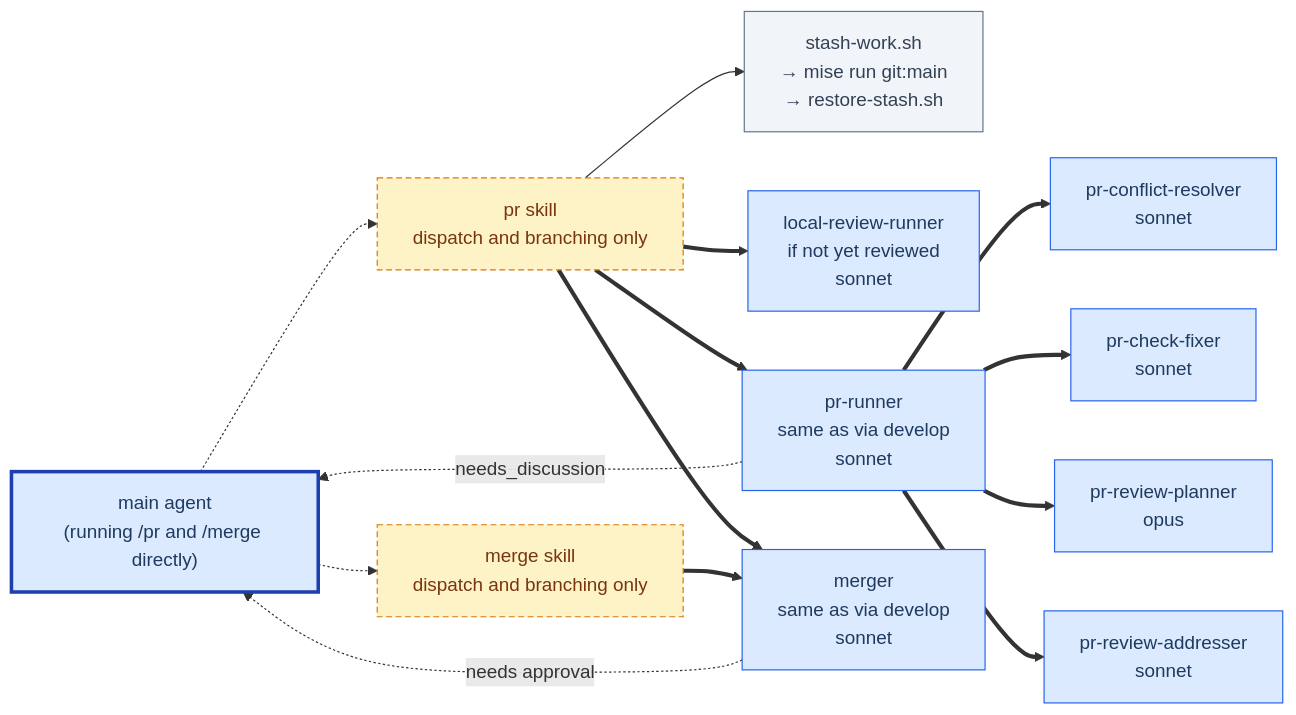
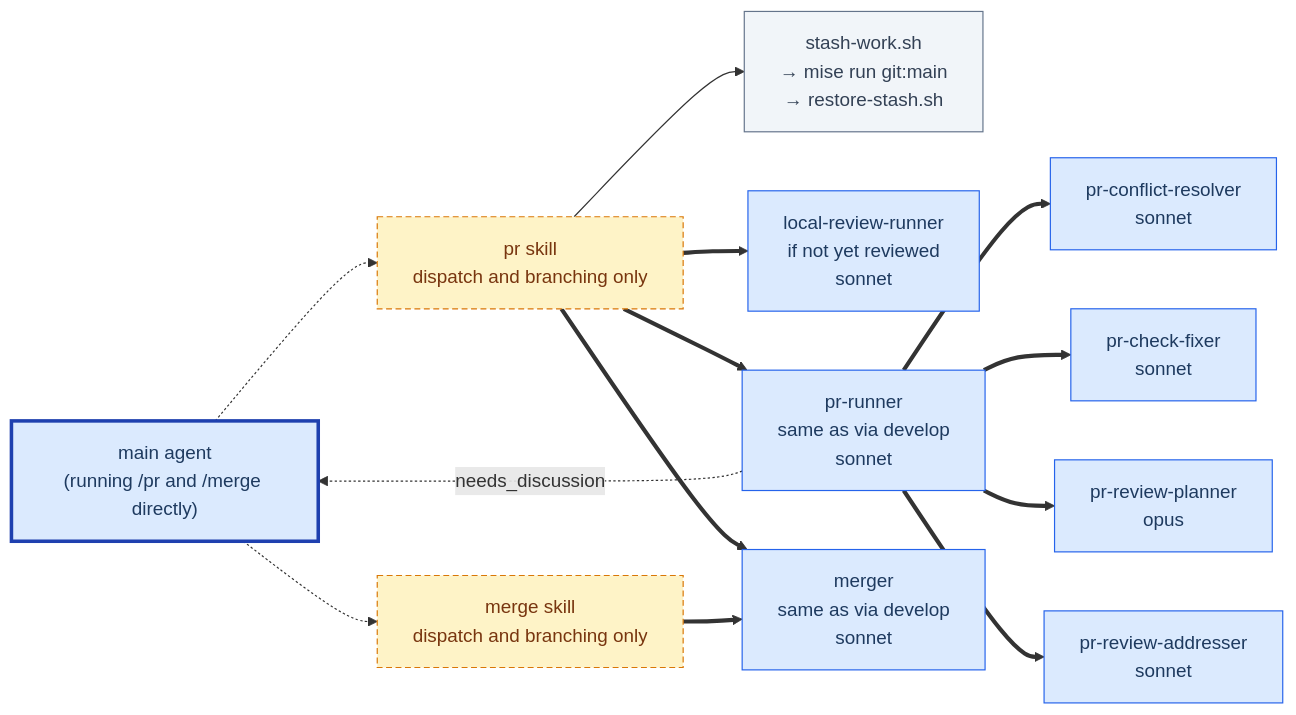
One commit to minodisk/handpic changed the third of 3 diagrams in .claude/skills/develop/README.md. Above: the diagram before and after it, drawn with Mermaid. The commit also changed other lines of this file and 10 other files, not shown here.

````diff
--- a/.claude/skills/develop/README.md
+++ b/.claude/skills/develop/README.md
@@ -828,30 +829,29 @@
 ```mermaid
 flowchart LR
     MAIN2["main agent<br/>(running /pr and /merge directly)"]
 
     MAIN2 -.-> PRSK["pr skill<br/>dispatch and branching only"]
     MAIN2 -.-> MGSK["merge skill<br/>dispatch and branching only"]
 
     PRSK --> BR2["stash-work.sh<br/>→ mise run git:main<br/>→ restore-stash.sh"]
     PRSK ==> LR2["local-review-runner<br/>if not yet reviewed<br/>sonnet"]
     PRSK ==> PR2["pr-runner<br/>same as via develop<br/>sonnet"]
     PRSK ==> MG2
 
     MGSK ==> MG2["merger<br/>same as via develop<br/>sonnet"]
 
     PR2 ==> CONF2["pr-conflict-resolver<br/>sonnet"]
     PR2 ==> FIX2["pr-check-fixer<br/>sonnet"]
     PR2 ==> ARP2["pr-review-planner<br/>opus"]
     PR2 ==> ARA2["pr-review-addresser<br/>sonnet"]
     PR2 -.->|"needs_discussion"| MAIN2
-    MG2 -.->|"needs approval"| MAIN2
 
     classDef mainagent fill:#dbeafe,stroke:#1e40af,stroke-width:3px,color:#1e3a5f
     classDef agent fill:#dbeafe,stroke:#2563eb,color:#1e3a5f
     classDef skill fill:#fef3c7,stroke:#d97706,color:#78350f,stroke-dasharray: 5 3
     classDef manual fill:#f1f5f9,stroke:#64748b,color:#334155
     class MAIN2 mainagent
     class LR2,PR2,CONF2,FIX2,ARP2,ARA2,MG2 agent
     class PRSK,MGSK skill
     class BR2,CRP2 manual
 ```
````
